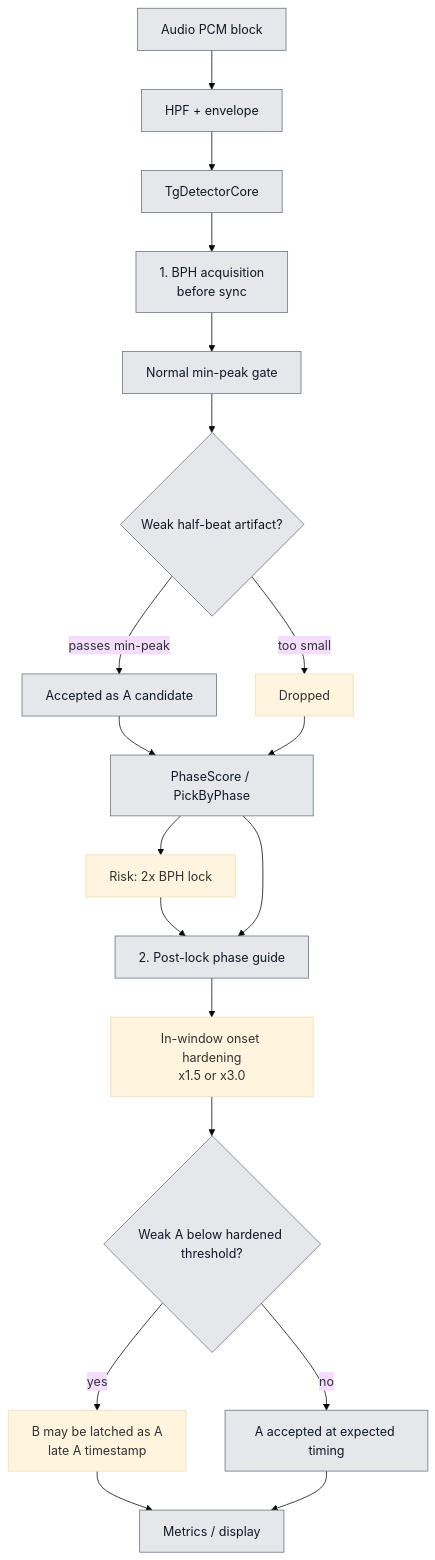
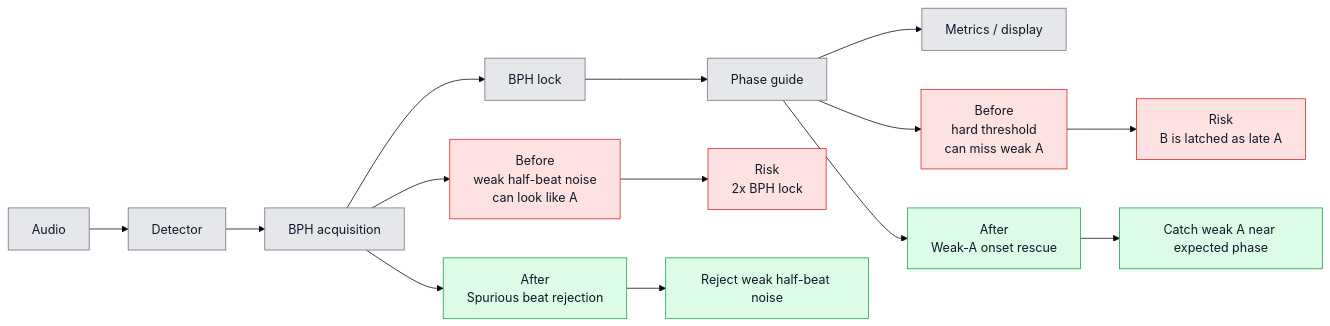
Before and after one commit to Jae-hong-5/TimeGrapher-Net: the diagram in docs/architecture/DETECTION_IMPROVEMENTS_COMPARISON.md, drawn with Mermaid (base theme). The commit also changed other lines of this file, not shown here.

Commit message:
docs(architecture): simplify detection improvements diagram

````diff
--- a/docs/architecture/DETECTION_IMPROVEMENTS_COMPARISON.md
+++ b/docs/architecture/DETECTION_IMPROVEMENTS_COMPARISON.md
@@ -19,27 +8,28 @@
 ```mermaid
-flowchart TB
-    input["Audio PCM block"] --> front["HPF + envelope"]
-    front --> detector["TgDetectorCore"]
+flowchart LR
+    audio["Audio"] --> detector["Detector"]
+    detector --> acq["BPH acquisition"]
+    acq --> lock["BPH lock"]
+    lock --> guide["Phase guide"]
+    guide --> metrics["Metrics / display"]
 
-    detector --> acq["1. BPH acquisition<br/>before sync"]
-    acq --> minPeak["Normal min-peak gate"]
-    minPeak --> weakArtifact{"Weak half-beat artifact?"}
-    weakArtifact -->|passes min-peak| candidateA["Accepted as A candidate"]
-    weakArtifact -->|too small| dropped["Dropped"]
-    candidateA --> phase["PhaseScore / PickByPhase"]
-    phase --> bphRisk["Risk: 2x BPH lock"]
-    dropped --> phase
+    acq --> beforeBph["Before<br/>weak half-beat noise<br/>can look like A"]
+    beforeBph --> badBph["Risk<br/>2x BPH lock"]
 
-    bphRisk --> post["2. Post-lock phase guide"]
-    phase --> post
-    post --> hardening["In-window onset hardening<br/>x1.5 or x3.0"]
-    hardening --> weakA{"Weak A below hardened threshold?"}
-    weakA -->|yes| lateA["B may be latched as A<br/>late A timestamp"]
-    weakA -->|no| goodA["A accepted at expected timing"]
+    acq --> afterBph["After<br/>Spurious beat rejection"]
+    afterBph --> goodBph["Reject weak half-beat noise"]
 
-    lateA --> metrics["Metrics / display"]
-    goodA --> metrics
+    guide --> beforeA["Before<br/>hard threshold<br/>can miss weak A"]
+    beforeA --> badA["Risk<br/>B is latched as late A"]
+
+    guide --> afterA["After<br/>Weak-A onset rescue"]
+    afterA --> goodA["Catch weak A near expected phase"]
 
     classDef common fill:#e5e7eb,stroke:#6b7280,color:#111827;
-    class input,front,detector,acq,minPeak,weakArtifact,candidateA,phase,post,weakA,goodA,metrics common;
+    classDef before fill:#fee2e2,stroke:#dc2626,color:#111827;
+    classDef after fill:#dcfce7,stroke:#16a34a,color:#111827;
+
+    class audio,detector,acq,lock,guide,metrics common;
+    class beforeBph,badBph,beforeA,badA before;
+    class afterBph,goodBph,afterA,goodA after;
 ```
````
